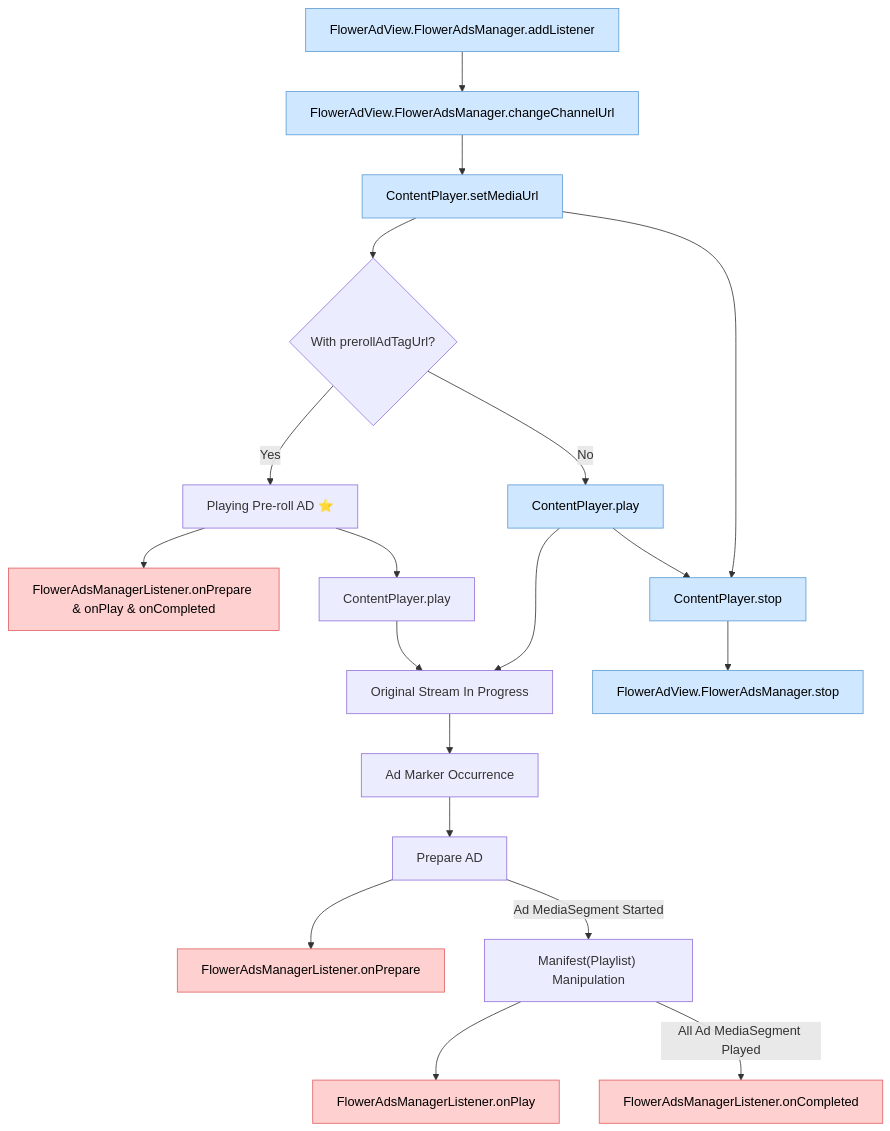
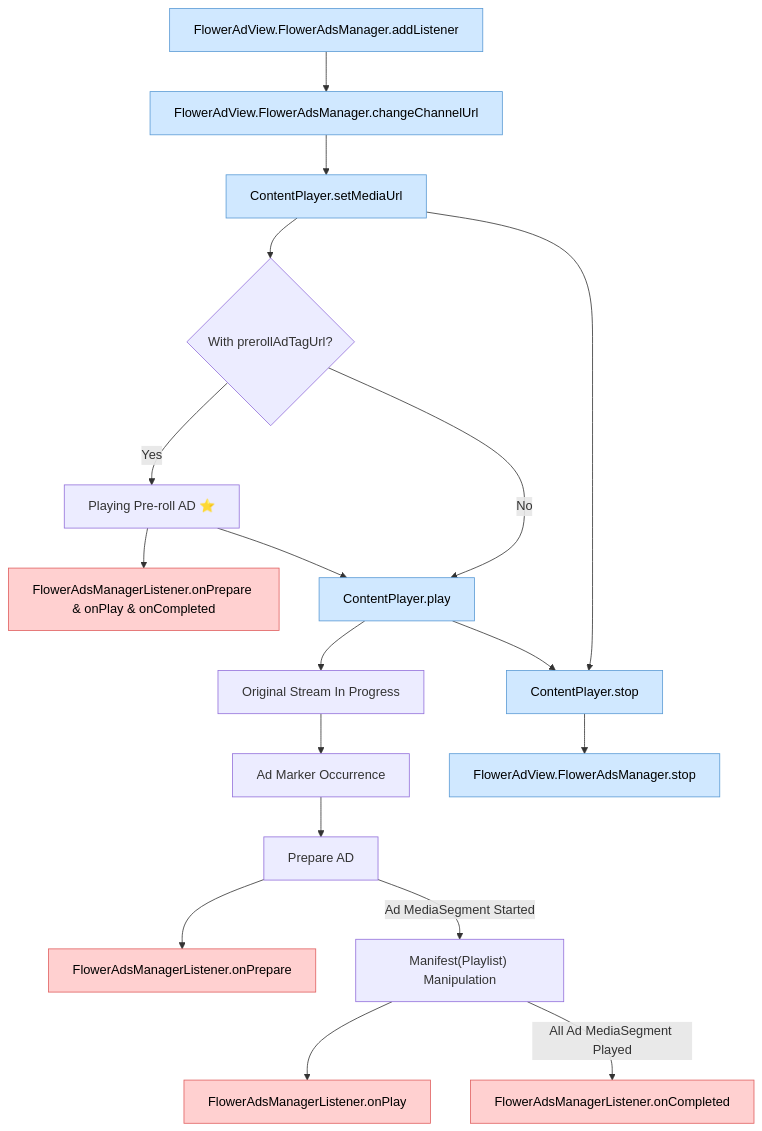
The second of 2 diagrams in docs/sdk-architecture/ott-linear-tv-fast-ads.md (anypointmedia/flower-integration-guide), drawn with Mermaid before and after one commit. The commit also changed 67 other files, not shown here.

````diff
--- a/docs/sdk-architecture/ott-linear-tv-fast-ads.md
+++ b/docs/sdk-architecture/ott-linear-tv-fast-ads.md
@@ -50,34 +50,33 @@
 ```mermaid
 flowchart TD
   A["FlowerAdView.FlowerAdsManager.addListener"]:::appCall
   B["FlowerAdView.FlowerAdsManager.changeChannelUrl"]:::appCall
   C["ContentPlayer.setMediaUrl"]:::appCall
   C2["ContentPlayer.play"]:::appCall
-  C3["ContentPlayer.play"]
   D{"With prerollAdTagUrl?"}
   E["Playing Pre-roll AD ⭐"]
   H["FlowerAdsManagerListener.onPrepare"]:::sdkEvent
   H2["FlowerAdsManagerListener.onPlay"]:::sdkEvent
   H3["FlowerAdsManagerListener.onPrepare & onPlay & onCompleted"]:::sdkEvent
   J["FlowerAdsManagerListener.onCompleted"]:::sdkEvent
   F["Original Stream In Progress"]
   G["Ad Marker Occurrence"]
   G2["Prepare AD"]
   I["Manifest(Playlist) Manipulation"]
   K["ContentPlayer.stop"]:::appCall
   L["FlowerAdView.FlowerAdsManager.stop"]:::appCall
 
   A --> B --> C --> D
   D -- "Yes" --> E --> H3
-  E --> C3 --> F
+  E --> C2
   D -- "No" --> C2 --> F
   F --> G --> G2 --> H
   G2 -- "Ad MediaSegment Started" --> I
   I --> H2
   I -- "All Ad MediaSegment Played" --> J
   C --> K --> L
   C2 --> K
 
   classDef appCall fill:#d0e8ff,stroke:#5b9bd5,color:#000
   classDef sdkEvent fill:#ffd0d0,stroke:#e06060,color:#000
 ```
````
